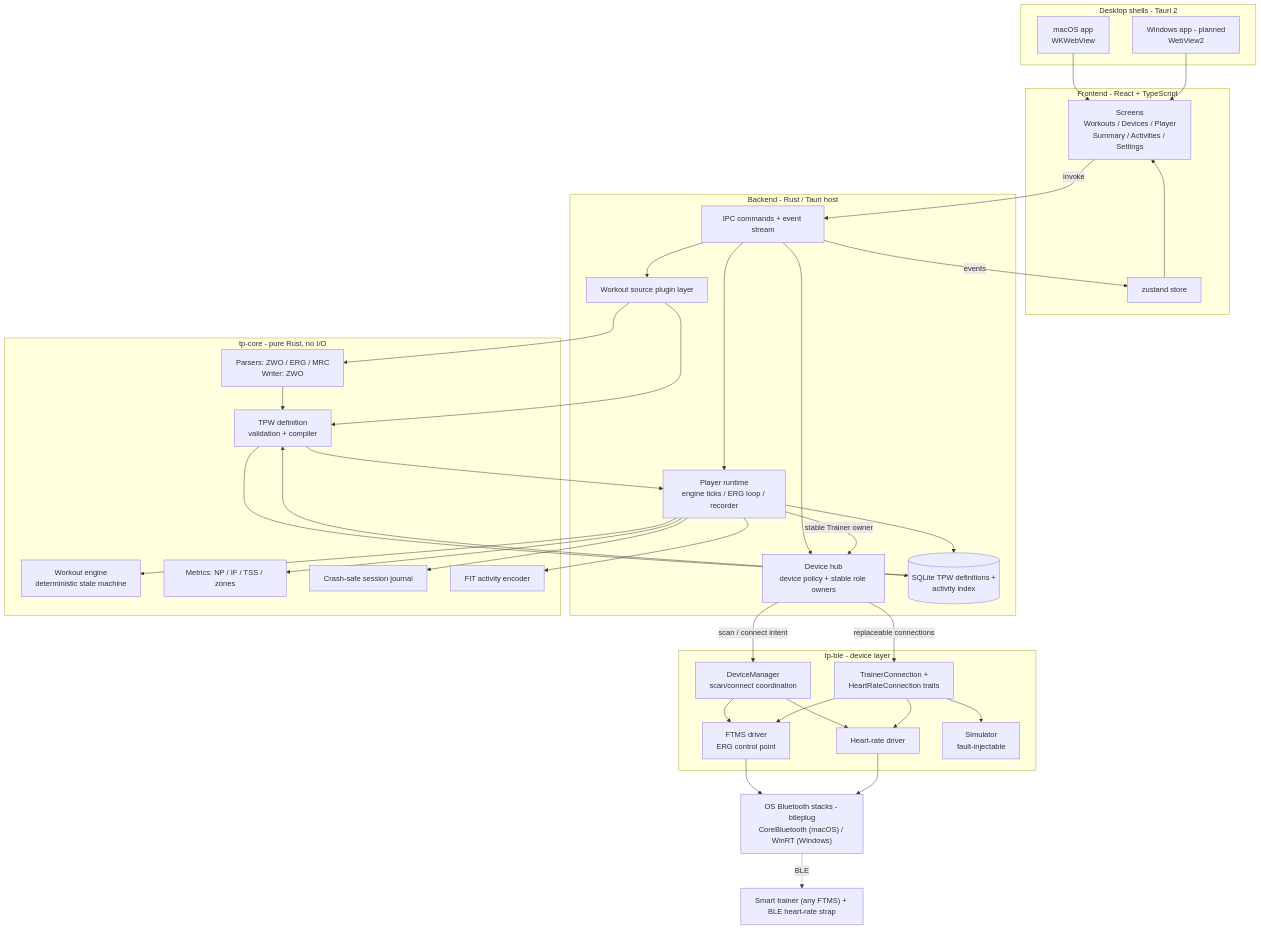
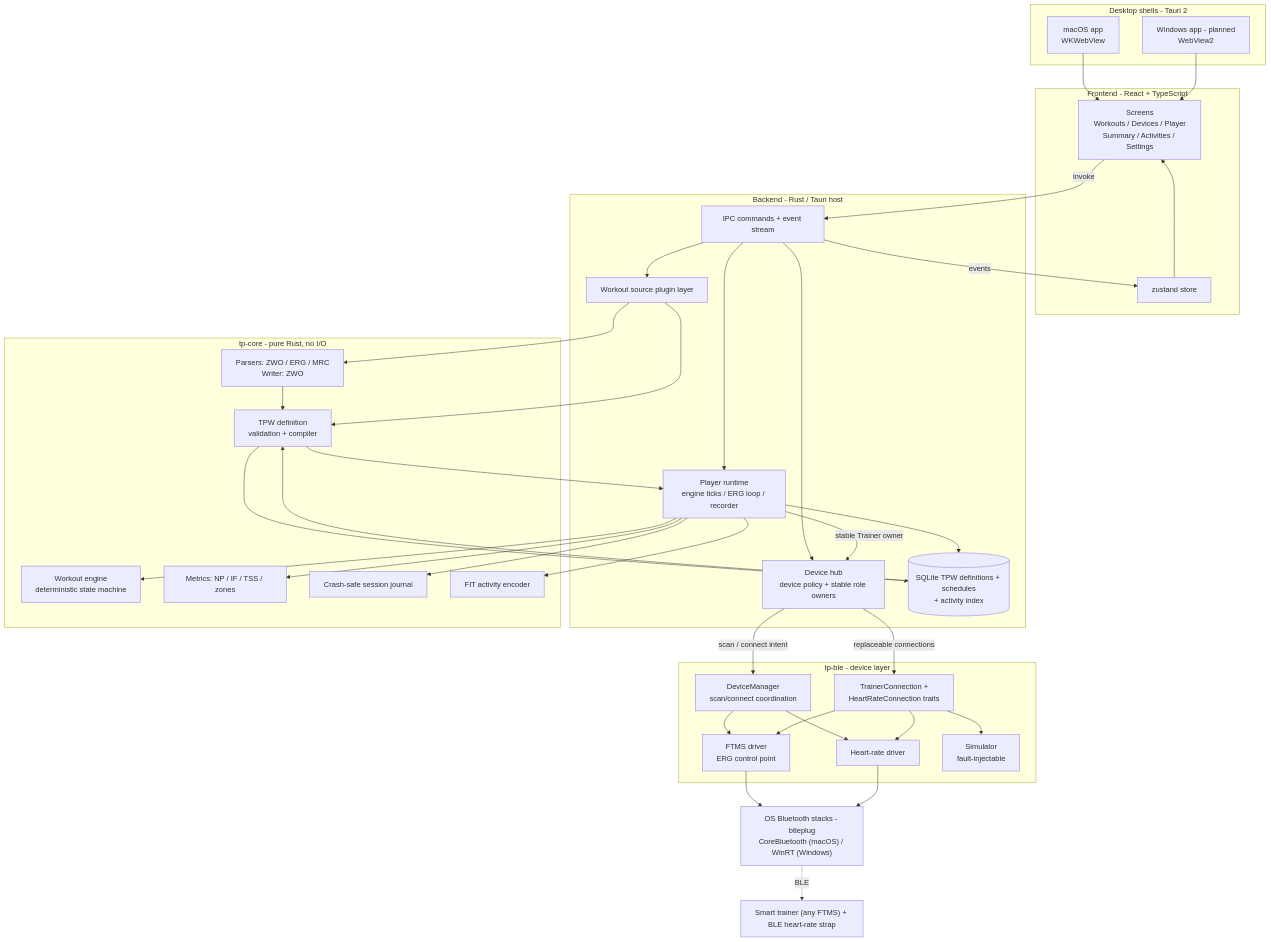
Before and after one commit to sergioclemente/TrainerPro: the diagram in README.md, drawn with Mermaid. The commit also changed other lines of this file and 15 other files, not shown here.

````diff
--- a/README.md
+++ b/README.md
@@ -43,71 +43,71 @@
 ```mermaid
 flowchart TD
     subgraph SHELLS["Desktop shells - Tauri 2"]
         MAC["macOS app<br/>WKWebView"]
         WIN["Windows app - planned<br/>WebView2"]
     end
 
     subgraph FRONTEND["Frontend - React + TypeScript"]
         SCREENS["Screens<br/>Workouts / Devices / Player<br/>Summary / Activities / Settings"]
         STORE["zustand store"]
     end
 
     subgraph APP["Backend - Rust / Tauri host"]
         IPC["IPC commands + event stream"]
         SOURCES["Workout source plugin layer"]
         RUNTIME["Player runtime<br/>engine ticks / ERG loop / recorder"]
         HUB["Device hub<br/>device policy + stable role owners"]
-        STORAGE[("SQLite TPW definitions +<br/>activity index")]
+        STORAGE[("SQLite TPW definitions + schedules<br/>+ activity index")]
     end
 
     subgraph CORE["tp-core - pure Rust, no I/O"]
         PARSERS["Parsers: ZWO / ERG / MRC<br/>Writer: ZWO"]
         TPW["TPW definition<br/>validation + compiler"]
         ENGINE["Workout engine<br/>deterministic state machine"]
         METRICS["Metrics: NP / IF / TSS / zones"]
         JOURNAL["Crash-safe session journal"]
         FITENC["FIT activity encoder"]
     end
 
     subgraph BLE["tp-ble - device layer"]
         CENTRAL["DeviceManager<br/>scan/connect coordination"]
         TRAITS["TrainerConnection +<br/>HeartRateConnection traits"]
         FTMS["FTMS driver<br/>ERG control point"]
         HRDRV["Heart-rate driver"]
         SIMU["Simulator<br/>fault-injectable"]
     end
 
     OSBLE["OS Bluetooth stacks - btleplug<br/>CoreBluetooth (macOS) / WinRT (Windows)"]
     DEVICES["Smart trainer (any FTMS) + BLE heart-rate strap"]
 
     MAC --> SCREENS
     WIN --> SCREENS
     STORE --> SCREENS
     SCREENS -->|invoke| IPC
     IPC -->|events| STORE
     IPC --> SOURCES
     IPC --> RUNTIME
     IPC --> HUB
     SOURCES --> PARSERS
     SOURCES --> TPW
     PARSERS --> TPW
     TPW --> STORAGE
     STORAGE --> TPW
     TPW --> RUNTIME
     RUNTIME --> STORAGE
     RUNTIME --> ENGINE
     RUNTIME --> JOURNAL
     RUNTIME --> METRICS
     RUNTIME --> FITENC
     RUNTIME -->|stable Trainer owner| HUB
     HUB -->|scan / connect intent| CENTRAL
     HUB -->|replaceable connections| TRAITS
     CENTRAL --> FTMS
     CENTRAL --> HRDRV
     TRAITS --> FTMS
     TRAITS --> HRDRV
     TRAITS --> SIMU
     FTMS --> OSBLE
     HRDRV --> OSBLE
     OSBLE -.->|BLE| DEVICES
 ```
````
